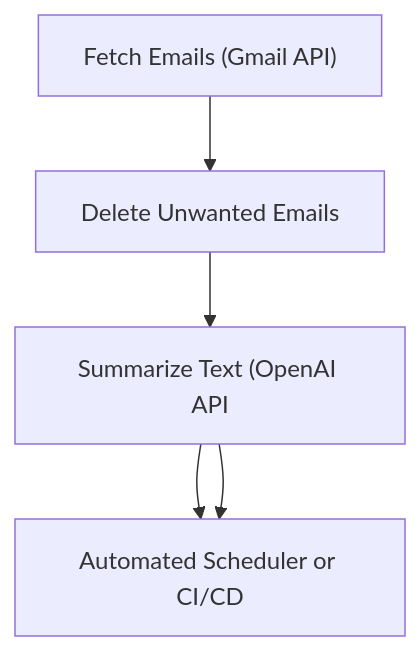
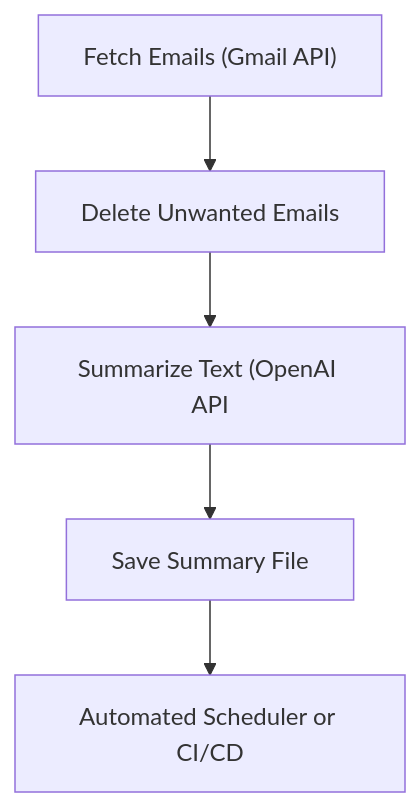
One commit to Anni-Bamwenda/Email-Optimization-Assistant changed the diagram in README.md. Above: the diagram before and after it, drawn with Mermaid.

Commit message:
Fix flowchart connection in README.md

````diff
--- a/README.md
+++ b/README.md
@@ -18,7 +18,7 @@
 ```mermaid
 flowchart TD
   A["Fetch Emails (Gmail API)"] --> B["Delete Unwanted Emails"]
   B --> C["Summarize Text (OpenAI API"]
   C --> D["Save Summary File"]
-  C --> D["Automated Scheduler or CI/CD"]
+  D --> E["Automated Scheduler or CI/CD"]
 ```
````
